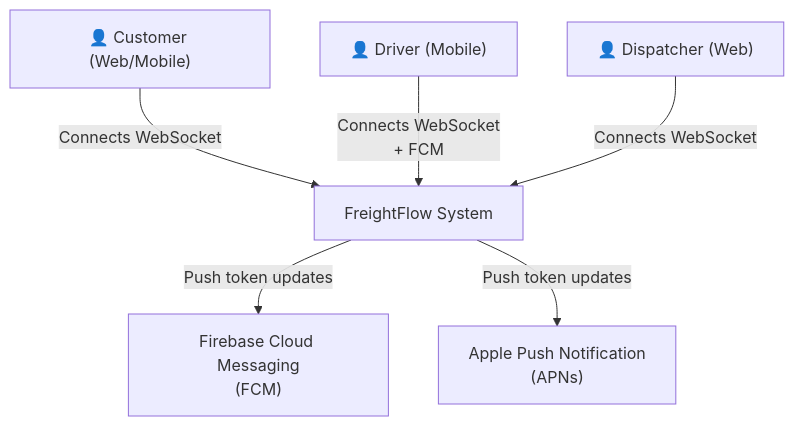
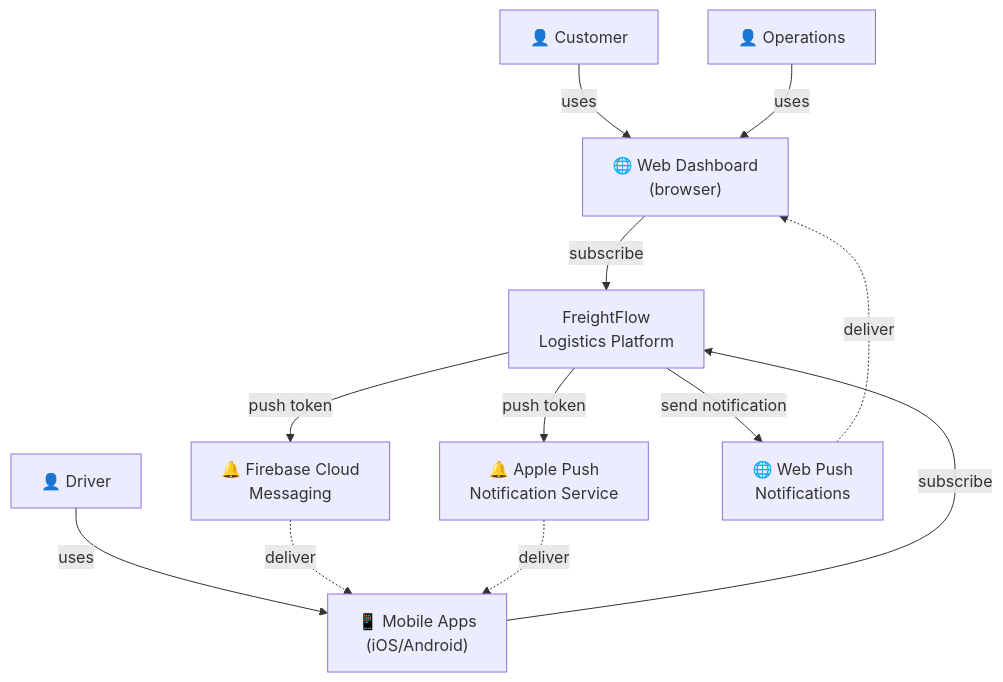
Before and after one commit to hpsgd/claude-marketplace: the first of 2 diagrams in examples/engineering/architect/agents/architect/system-design-request/result.md, drawn with Mermaid. The commit also changed other lines of this file and 25 other files, not shown here.

````diff
--- a/examples/engineering/architect/agents/architect/system-design-request/result.md
+++ b/examples/engineering/architect/agents/architect/system-design-request/result.md
@@ -70,18 +114,30 @@
 ```mermaid
 graph TB
-    Customer["👤 Customer (Web/Mobile)"]
-    Driver["👤 Driver (Mobile)"]
-    Dispatcher["👤 Dispatcher (Web)"]
+    Customer["👤 Customer"]
+    Driver["👤 Driver"]
+    Ops["👤 Operations"]
     
-    FreightFlow["FreightFlow System"]
+    WebApp["🌐 Web Dashboard<br/>(browser)"]
+    MobileApp["📱 Mobile Apps<br/>(iOS/Android)"]
     
-    ExtFCM["Firebase Cloud Messaging<br/>(FCM)"]
-    ExtAPNs["Apple Push Notification<br/>(APNs)"]
+    FreightFlow["FreightFlow<br/>Logistics Platform"]
     
-    Customer -->|Connects WebSocket| FreightFlow
-    Driver -->|Connects WebSocket<br/>+ FCM| FreightFlow
-    Dispatcher -->|Connects WebSocket| FreightFlow
+    FCM["🔔 Firebase Cloud<br/>Messaging"]
+    APNs["🔔 Apple Push<br/>Notification Service"]
+    WebPush["🌐 Web Push<br/>Notifications"]
     
-    FreightFlow -->|Push token updates| ExtFCM
-    FreightFlow -->|Push token updates| ExtAPNs
+    Customer -->|uses| WebApp
+    Driver -->|uses| MobileApp
+    Ops -->|uses| WebApp
+    
+    WebApp -->|subscribe| FreightFlow
+    MobileApp -->|subscribe| FreightFlow
+    
+    FreightFlow -->|push token| FCM
+    FreightFlow -->|push token| APNs
+    FreightFlow -->|send notification| WebPush
+    
+    FCM -.->|deliver| MobileApp
+    APNs -.->|deliver| MobileApp
+    WebPush -.->|deliver| WebApp
 ```
````
